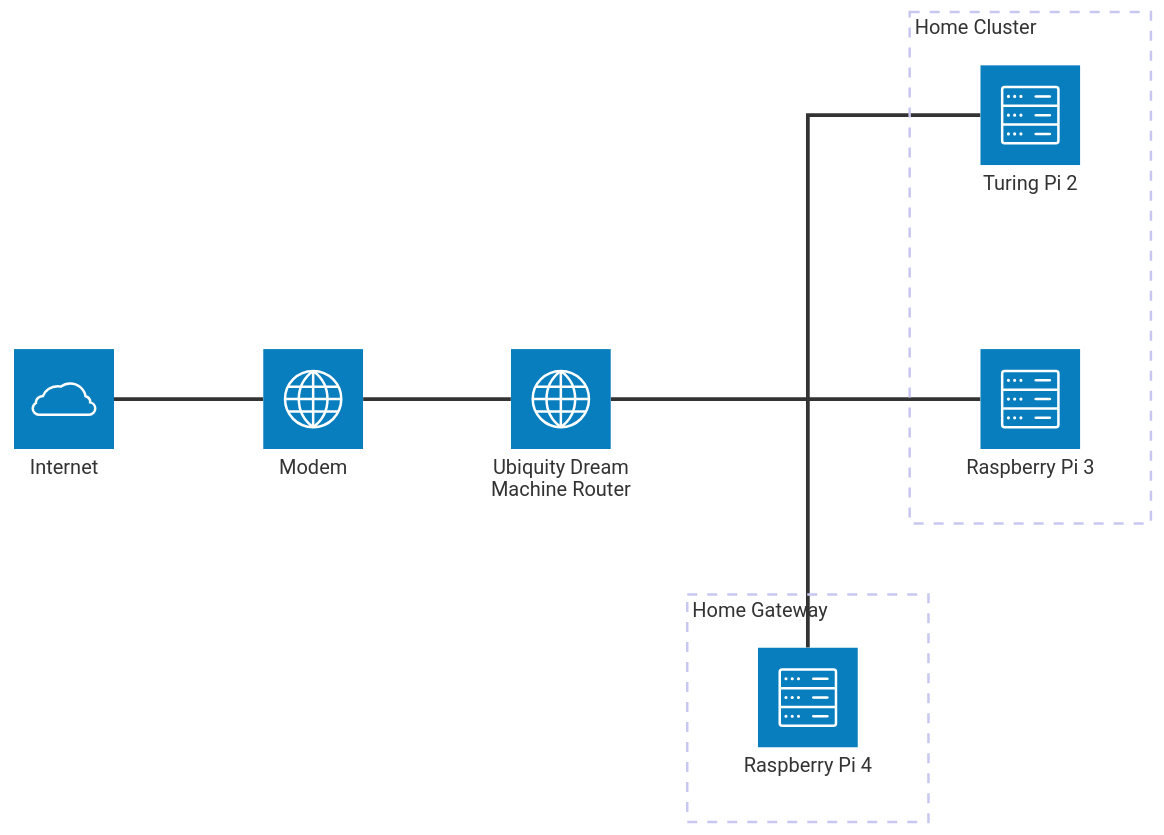
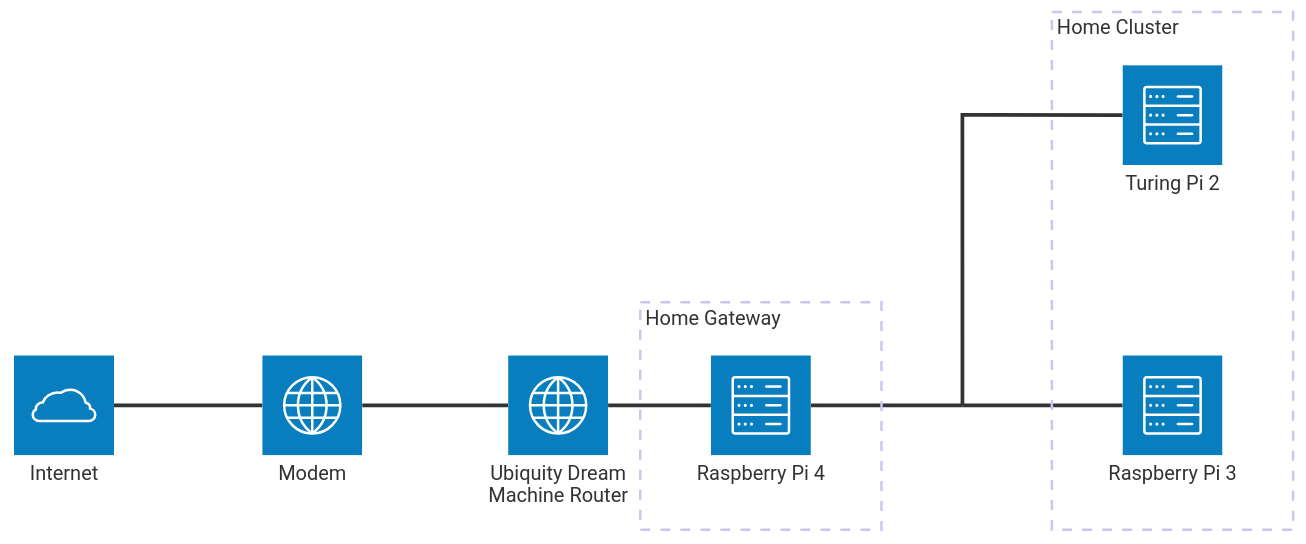
The diagram in README.md (ncasaux/home-lab), drawn with Mermaid before and after one commit.

Commit message:
Changed diagram

````diff
--- a/README.md
+++ b/README.md
@@ -17,21 +17,21 @@
 ```mermaid
 architecture-beta
   group homecluster[Home Cluster]
   group homegateway[Home Gateway]
 
   service internet(cloud)[Internet] 
   service modem(internet)[Modem]
   service udm(internet)[Ubiquity Dream Machine Router]
   service rpi4(server)[Raspberry Pi 4] in homegateway
   service tpi2(server)[Turing Pi 2] in homecluster
   service rpi3(server)[Raspberry Pi 3] in homecluster
 
   junction junctionCenter
 
   internet:R -- L:modem
   modem:R -- L:udm
-  udm:R -- L:junctionCenter
-  junctionCenter:B -- T:rpi4
+  udm:R -- L:rpi4
+  rpi4:R -- L:junctionCenter
   junctionCenter:R -- L:rpi3
   junctionCenter:T -- L:tpi2
 ```
````
